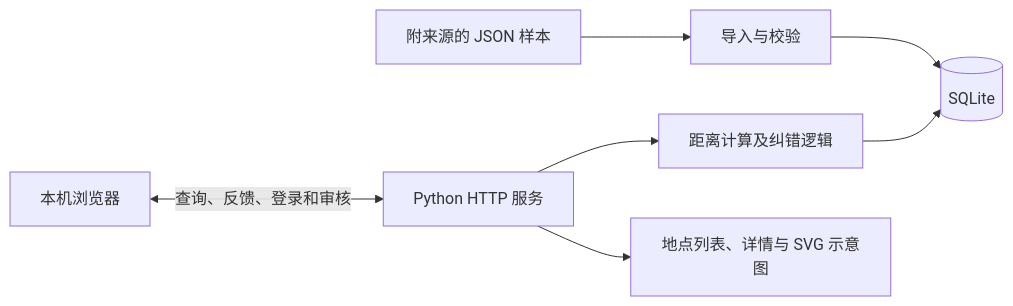
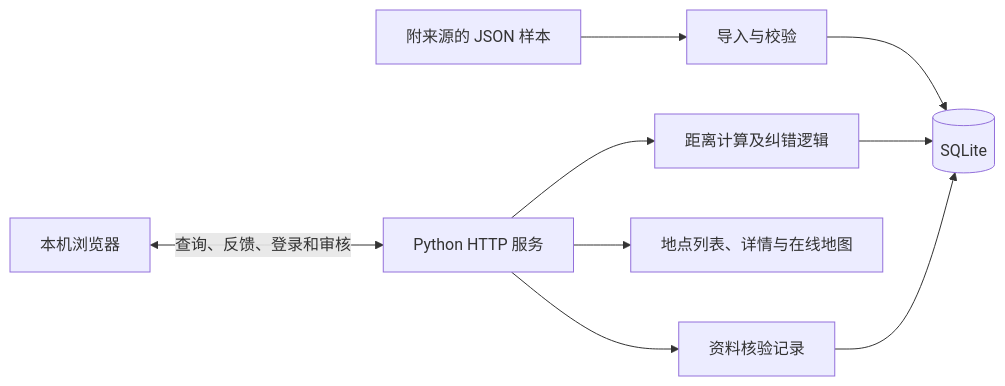
The second of 2 diagrams in docs/初赛设计说明草稿.md (LianMin099/linjing), drawn with Mermaid before and after one commit. The commit also changed other lines of this file and 3 other files, not shown here.

````diff
--- a/docs/初赛设计说明草稿.md
+++ b/docs/初赛设计说明草稿.md
@@ -28,9 +29,11 @@
 ```mermaid
 flowchart LR
   S[附来源的 JSON 样本] --> I[导入与校验]
   I --> D[(SQLite)]
   U[本机浏览器] <-->|查询、反馈、登录和审核| W[Python HTTP 服务]
   W --> L[距离计算及纠错逻辑]
   L --> D
-  W --> P[地点列表、详情与 SVG 示意图]
+  W --> P[地点列表、详情与在线地图]
+  W --> V[资料核验记录]
+  V --> D
 ```
````
